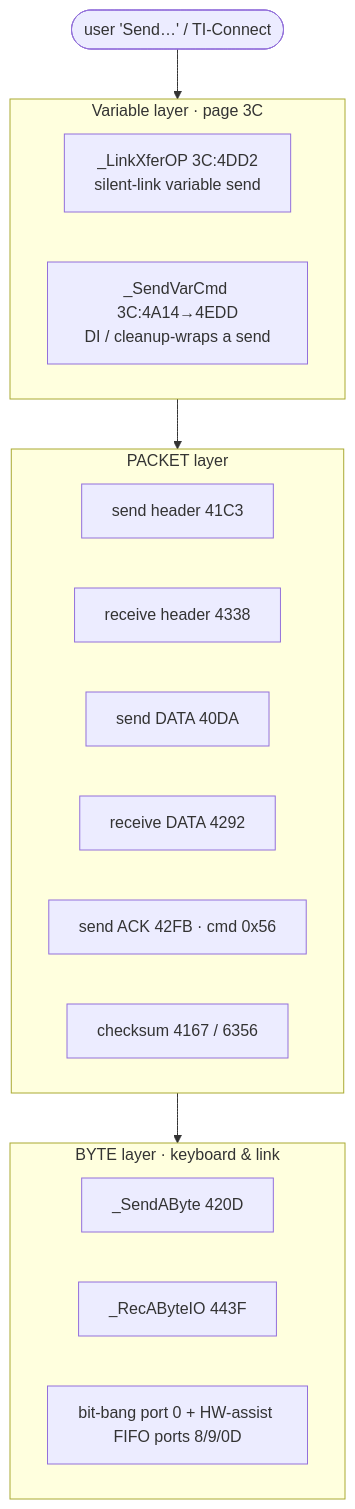
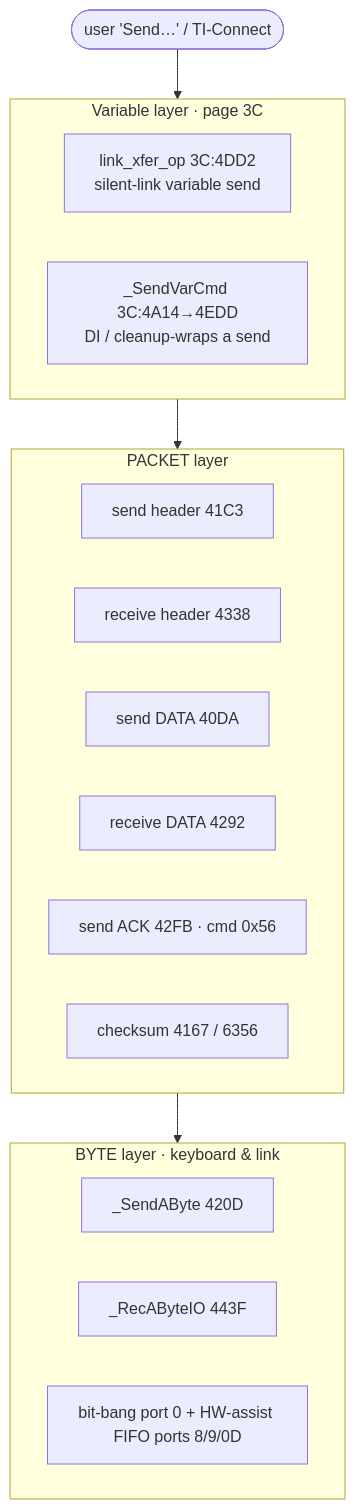
Before and after one commit to siraben/ti84p-re: the diagram in docs/sub-link-transfer.md, drawn with Mermaid. The commit also changed other lines of this file and 38 other files, not shown here.

````diff
--- a/docs/sub-link-transfer.md
+++ b/docs/sub-link-transfer.md
@@ -20,24 +20,24 @@
 ```mermaid
 flowchart TB
     SRC(["user 'Send…' / TI-Connect"])
     subgraph VAR["Variable layer · page 3C"]
-      LX["_LinkXferOP 3C:4DD2<br/>silent-link variable send"]
+      LX["link_xfer_op 3C:4DD2<br/>silent-link variable send"]
       SV["_SendVarCmd 3C:4A14→4EDD<br/>DI / cleanup-wraps a send"]
     end
     subgraph PKT["PACKET layer"]
       direction LR
       SH["send header 41C3"]
       RH["receive header 4338"]
       SD["send DATA 40DA"]
       RD["receive DATA 4292"]
       AK["send ACK 42FB · cmd 0x56"]
       CK["checksum 4167 / 6356"]
     end
     subgraph BYTE["BYTE layer · keyboard & link"]
       direction LR
       SB["_SendAByte 420D"]
       RB["_RecAByteIO 443F"]
       HW["bit-bang port 0 + HW-assist FIFO ports 8/9/0D"]
     end
     SRC --> VAR --> PKT --> BYTE
 ```
````
